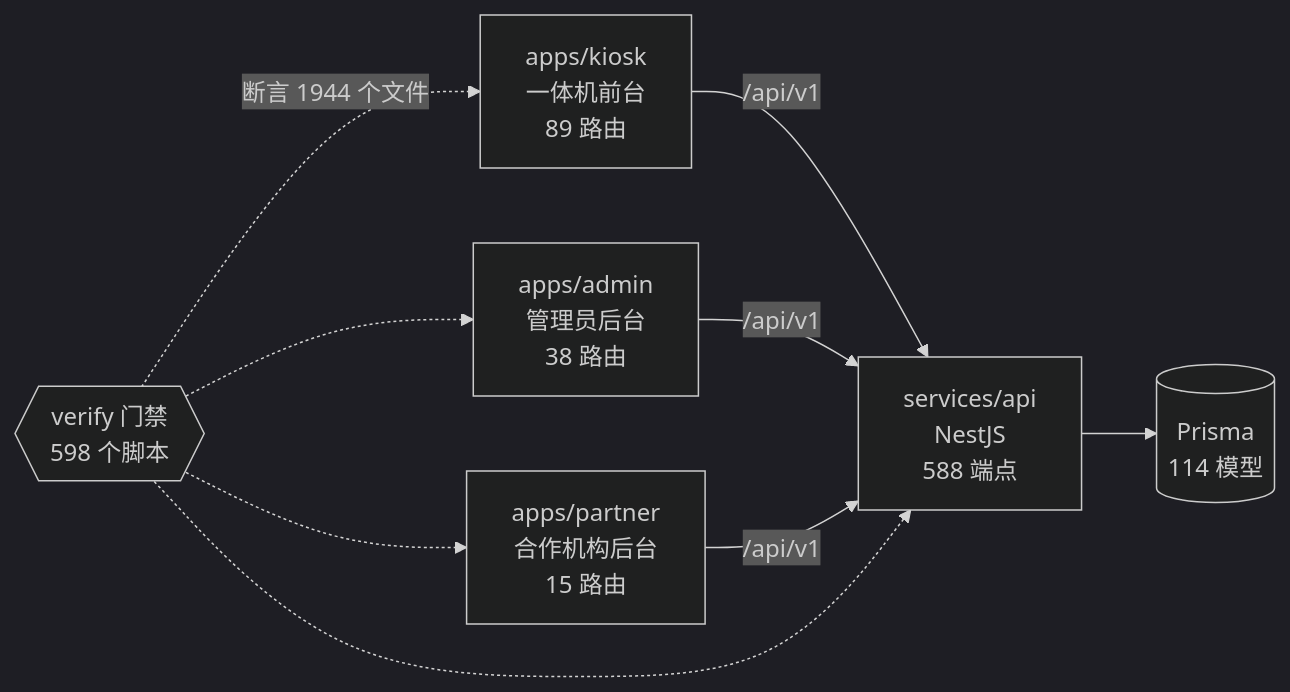
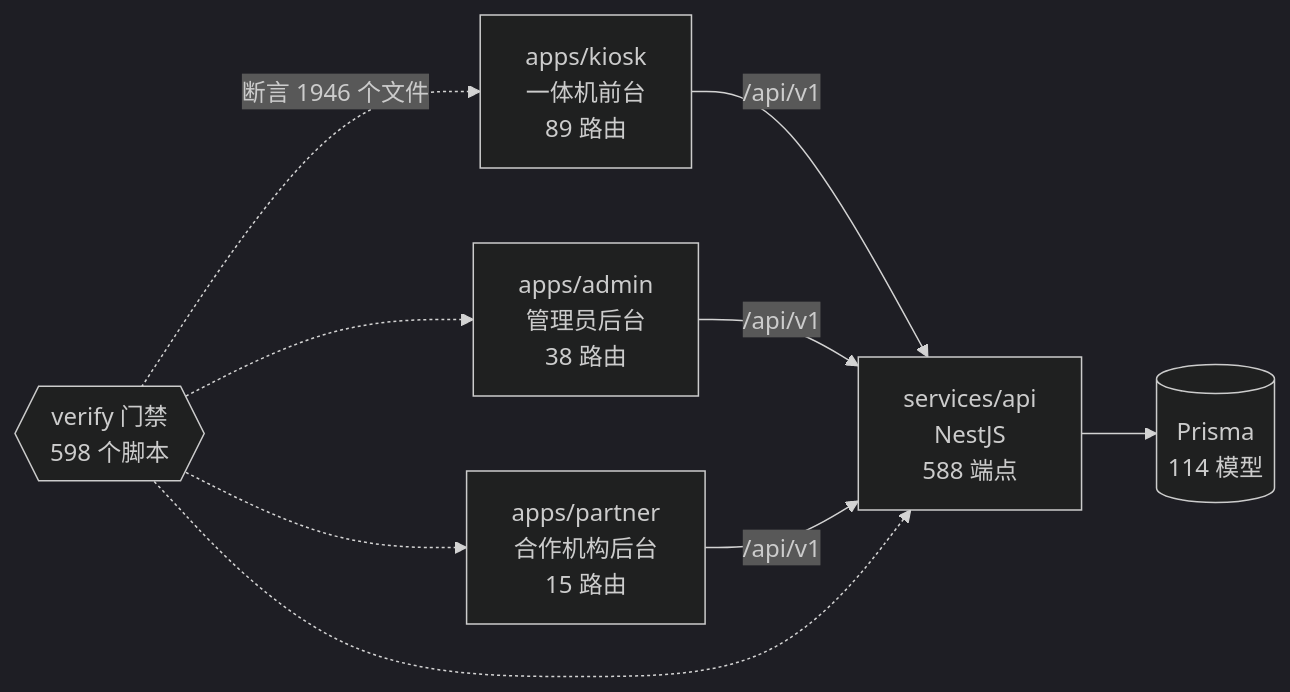
One commit to wanglei581/YITIJI changed the diagram in docs/graph/README.md. Above: the diagram before and after it, drawn with Mermaid (dark theme). The commit also changed other lines of this file and 1 other file, not shown here.

Commit message:
chore(graph): 第七次第九块批次合入后重生图谱

````diff
--- a/docs/graph/README.md
+++ b/docs/graph/README.md
@@ -68,18 +68,18 @@
 ```mermaid
 flowchart LR
   kiosk["apps/kiosk<br/>一体机前台<br/>89 路由"]
   admin["apps/admin<br/>管理员后台<br/>38 路由"]
   partner["apps/partner<br/>合作机构后台<br/>15 路由"]
   api["services/api<br/>NestJS<br/>588 端点"]
   db[("Prisma<br/>114 模型")]
   gates{{"verify 门禁<br/>598 个脚本"}}
 
   kiosk -->|"/api/v1"| api
   admin -->|"/api/v1"| api
   partner -->|"/api/v1"| api
   api --> db
-  gates -.->|"断言 1944 个文件"| kiosk
+  gates -.->|"断言 1946 个文件"| kiosk
   gates -.-> admin
   gates -.-> partner
   gates -.-> api
 ```
````
